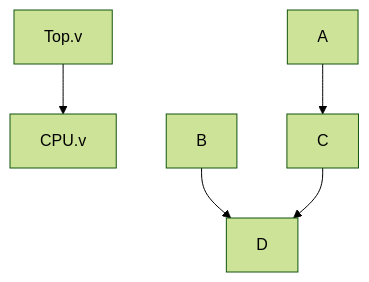
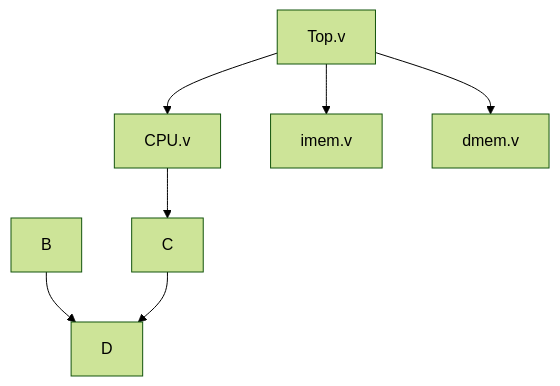
One commit to gouthamstantri/32bitCPU_Verilog_project changed the diagram in README.md. Above: the diagram before and after it, drawn with Mermaid (forest theme).

````diff
--- a/README.md
+++ b/README.md
@@ -5,7 +5,10 @@
 ```mermaid
 graph TD;
 Top.v-->CPU.v;
-    A-->C;
+Top.v-->imem.v;
+Top.v-->dmem.v;
+
+    CPU.v-->C;
     B-->D;
     C-->D;
 ```
````
